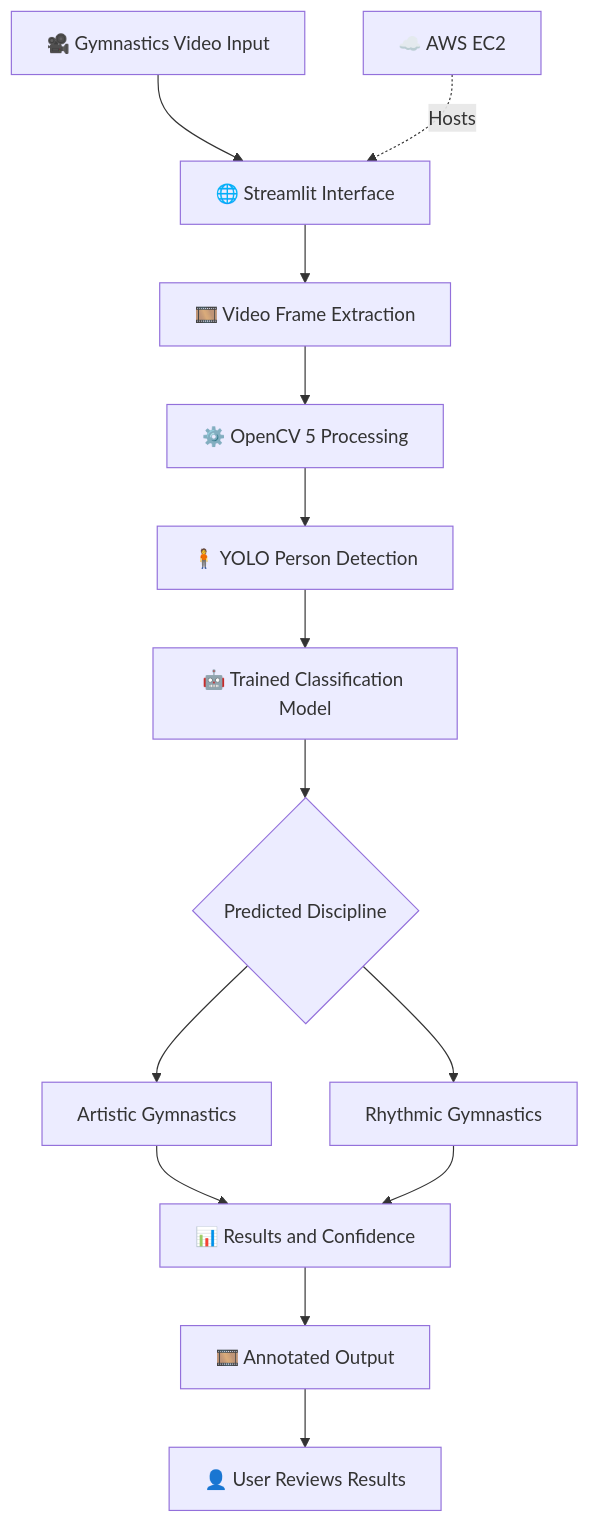
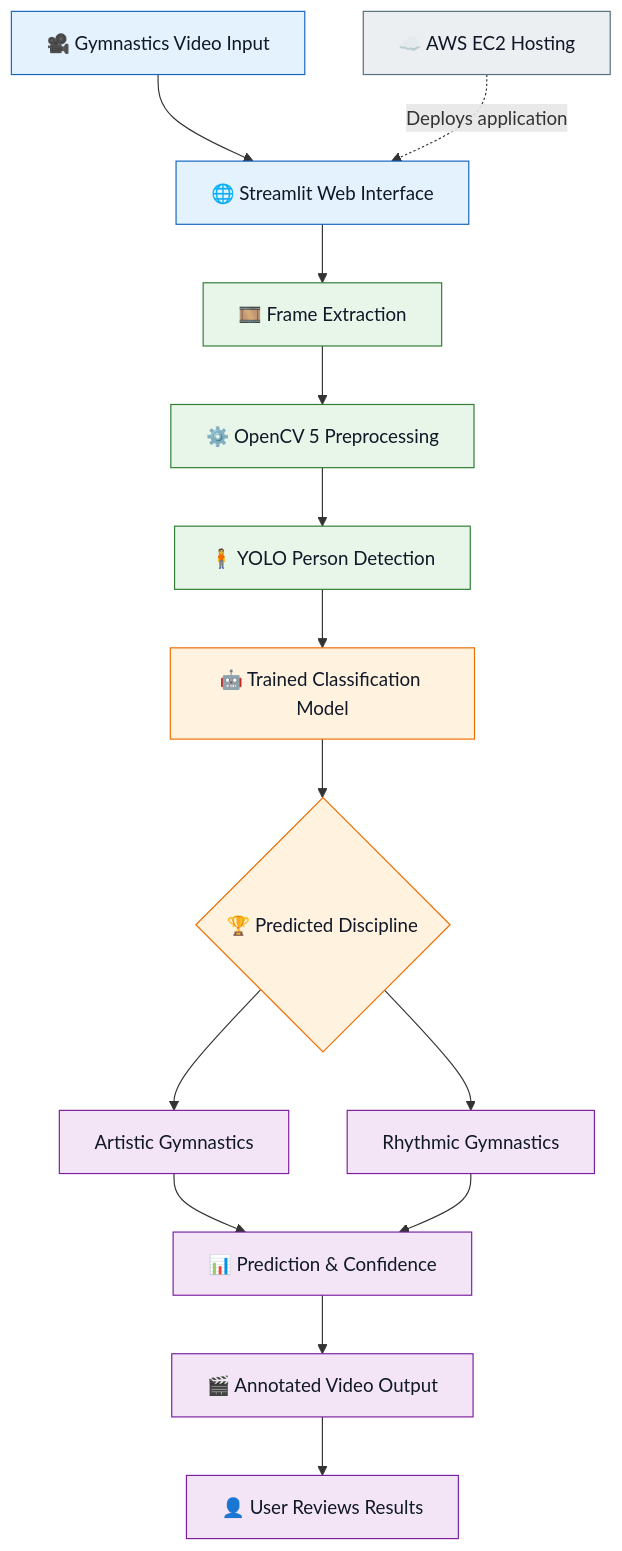
One commit to krinachauhan006/Gymnalyze changed the diagram in README.md. Above: the diagram before and after it, drawn with Mermaid.

````diff
--- a/README.md
+++ b/README.md
@@ -51,18 +51,33 @@
 ```mermaid
+
 flowchart TD
-    A["🎥 Gymnastics Video Input"] --> B["🌐 Streamlit Interface"]
-    B --> C["🎞️ Video Frame Extraction"]
-    C --> D["⚙️ OpenCV 5 Processing"]
+    A["🎥 Gymnastics Video Input"] --> B["🌐 Streamlit Web Interface"]
+    B --> C["🎞️ Frame Extraction"]
+    C --> D["⚙️ OpenCV 5 Preprocessing"]
     D --> E["🧍 YOLO Person Detection"]
     E --> F["🤖 Trained Classification Model"]
-    F --> G{"Predicted Discipline"}
+    F --> G{"🏆 Predicted Discipline"}
+
     G --> H["Artistic Gymnastics"]
     G --> I["Rhythmic Gymnastics"]
-    H --> J["📊 Results and Confidence"]
+
+    H --> J["📊 Prediction & Confidence"]
     I --> J
-    J --> K["🎞️ Annotated Output"]
+    J --> K["🎬 Annotated Video Output"]
     K --> L["👤 User Reviews Results"]
 
-    M["☁️ AWS EC2"] -. Hosts .-> B
-       
+    AWS["☁️ AWS EC2 Hosting"] -. "Deploys application" .-> B
+
+    classDef input fill:#E3F2FD,stroke:#1565C0,color:#111827
+    classDef process fill:#E8F5E9,stroke:#2E7D32,color:#111827
+    classDef model fill:#FFF3E0,stroke:#EF6C00,color:#111827
+    classDef result fill:#F3E5F5,stroke:#7B1FA2,color:#111827
+    classDef cloud fill:#ECEFF1,stroke:#546E7A,color:#111827
+
+    class A,B input
+    class C,D,E process
+    class F,G model
+    class H,I,J,K,L result
+    class AWS cloud
+
 ```
````
